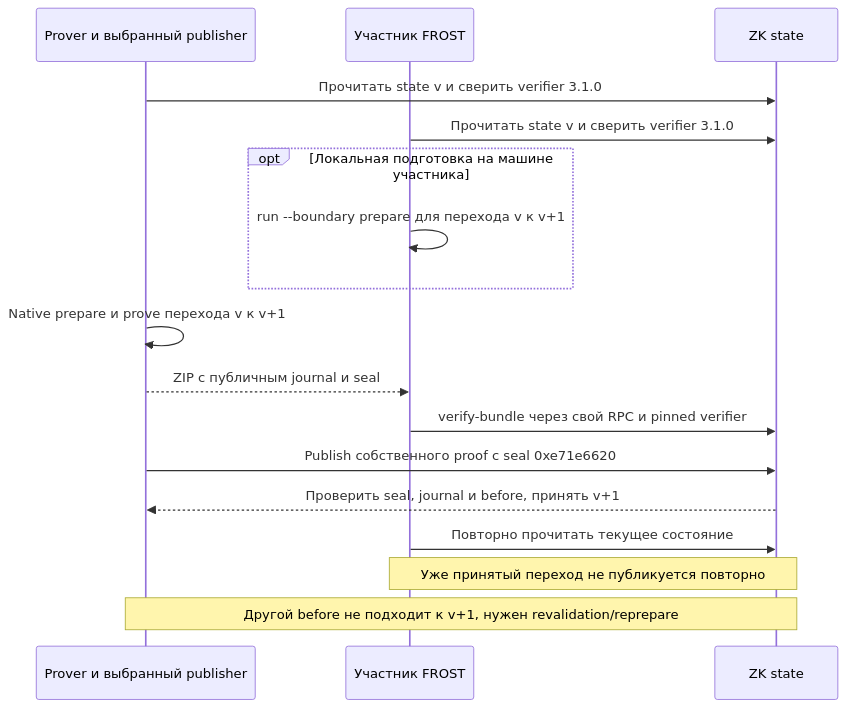
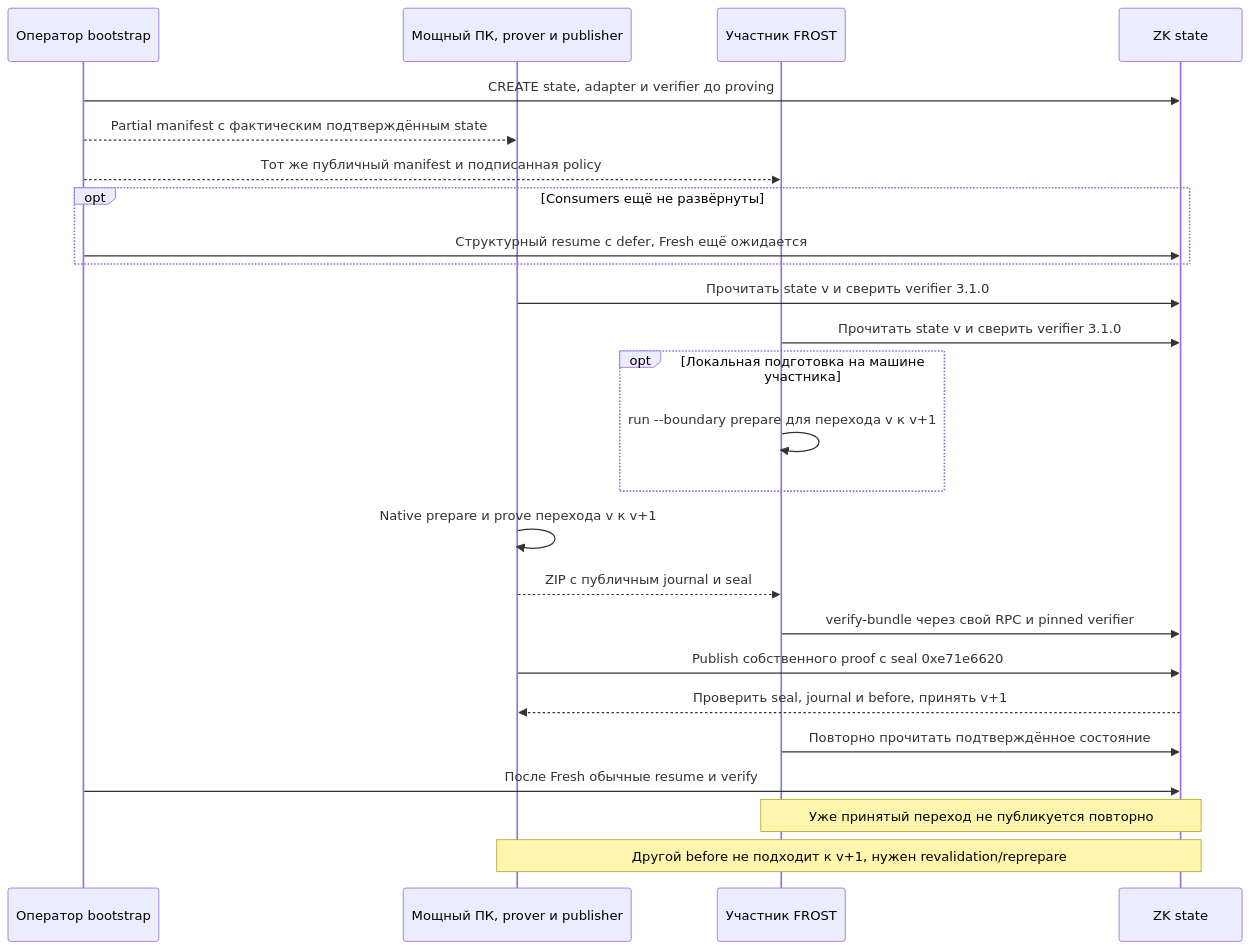
The third of 4 diagrams in docs/FROST_ZK_LIFECYCLE.md (SergeyBelets/SatFiSetup), drawn with Mermaid before and after one commit. The commit also changed other lines of this file and 364 other files, not shown here.

````diff
--- a/docs/FROST_ZK_LIFECYCLE.md
+++ b/docs/FROST_ZK_LIFECYCLE.md
@@ -330,19 +335,27 @@
 ```mermaid
 sequenceDiagram
-    participant A as Prover и выбранный publisher
+    participant O as Оператор bootstrap
+    participant A as Мощный ПК, prover и publisher
     participant B as Участник FROST
     participant S as ZK state
+    O->>S: CREATE state, adapter и verifier до proving
+    O-->>A: Partial manifest с фактическим подтверждённым state
+    O-->>B: Тот же публичный manifest и подписанная policy
+    opt Consumers ещё не развёрнуты
+        O->>S: Структурный resume с defer, Fresh ещё ожидается
+    end
     A->>S: Прочитать state v и сверить verifier 3.1.0
     B->>S: Прочитать state v и сверить verifier 3.1.0
     opt Локальная подготовка на машине участника
         B->>B: run --boundary prepare для перехода v к v+1
     end
     A->>A: Native prepare и prove перехода v к v+1
     A-->>B: ZIP с публичным journal и seal
     B->>S: verify-bundle через свой RPC и pinned verifier
     A->>S: Publish собственного proof с seal 0xe71e6620
     S-->>A: Проверить seal, journal и before, принять v+1
-    B->>S: Повторно прочитать текущее состояние
+    B->>S: Повторно прочитать подтверждённое состояние
+    O->>S: После Fresh обычные resume и verify
     Note over B,S: Уже принятый переход не публикуется повторно
     Note over A,S: Другой before не подходит к v+1, нужен revalidation/reprepare
 ```
````
